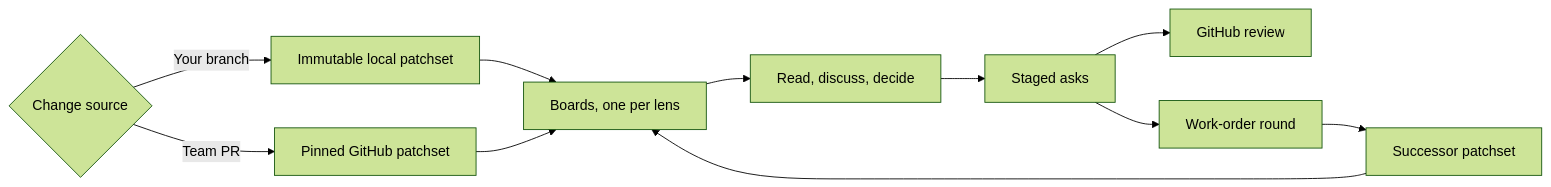
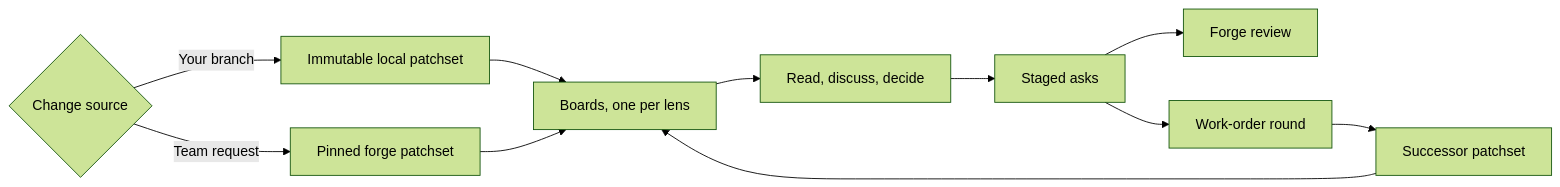
Before and after one commit to rbutera/Rennet: the diagram in docs/using/concepts/product-and-vision.md, drawn with Mermaid (forest theme). The commit also changed other lines of this file and 30 other files, not shown here.

Commit message:
feat: add GitLab forge operations

````diff
--- a/docs/using/concepts/product-and-vision.md
+++ b/docs/using/concepts/product-and-vision.md
@@ -26,14 +26,14 @@
 ```mermaid
 flowchart LR
   source{Change source}
   source -->|Your branch| local[Immutable local patchset]
-  source -->|Team PR| remote[Pinned GitHub patchset]
+  source -->|Team request| remote[Pinned forge patchset]
   local --> boards[Boards, one per lens]
   remote --> boards
   boards --> decide[Read, discuss, decide]
   decide --> asks[Staged asks]
-  asks --> github[GitHub review]
+  asks --> github[Forge review]
   asks --> round[Work-order round]
   round --> delta[Successor patchset]
   delta --> boards
 ```
````
